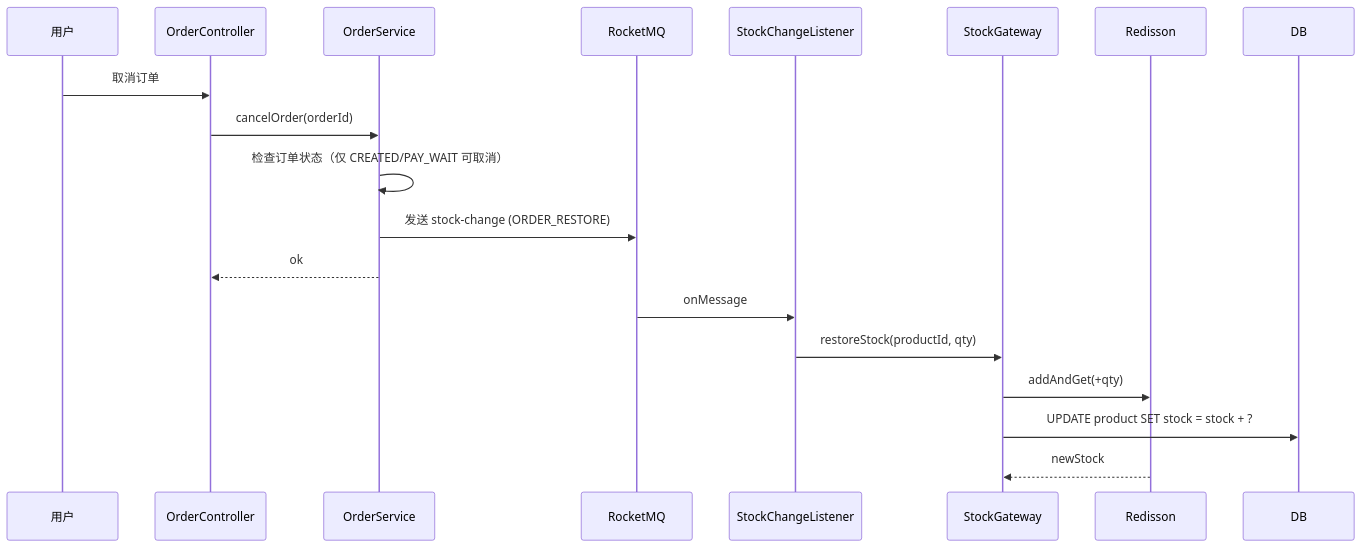
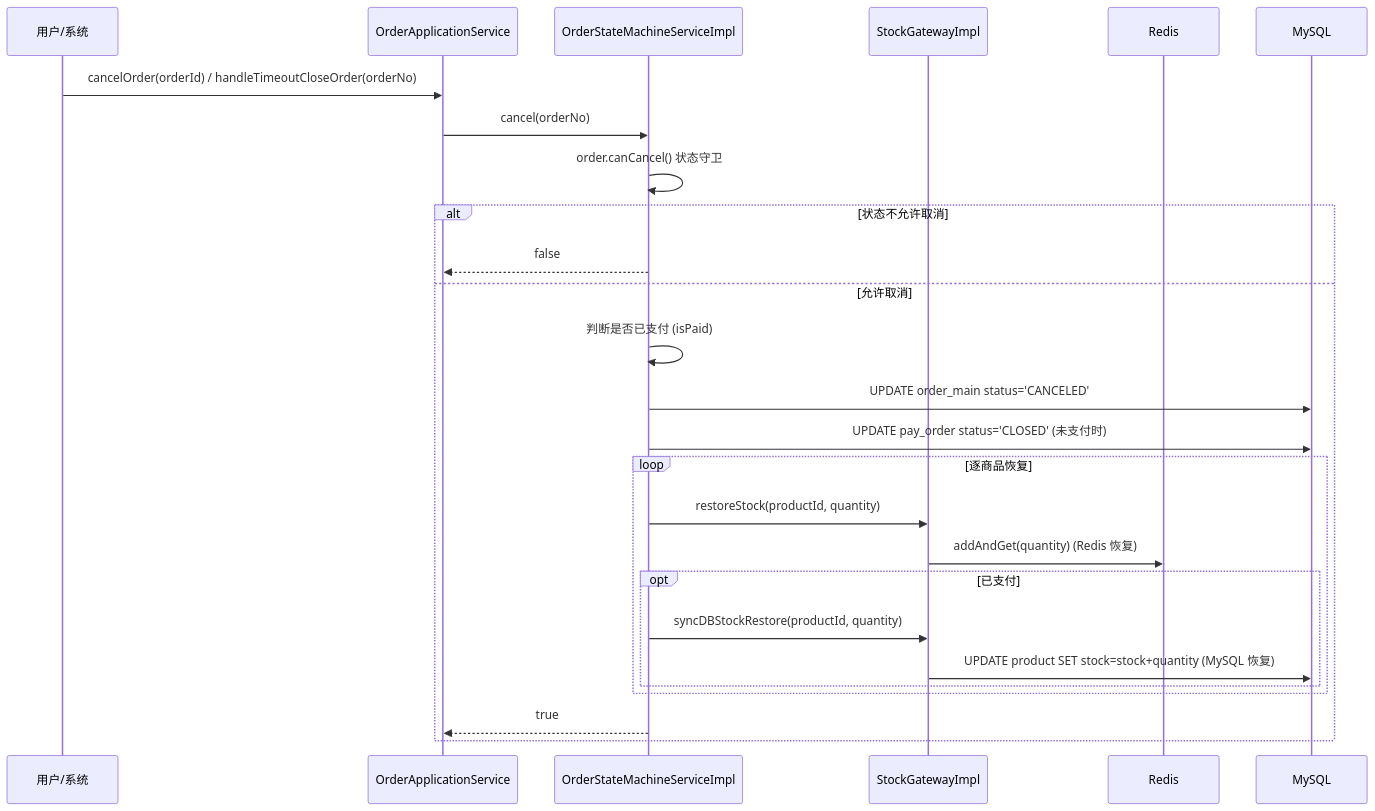
The third of 4 diagrams in docs/design/module-stock.md (sxlva/s-pay-mall), drawn with Mermaid before and after one commit. The commit also changed other lines of this file and 9 other files, not shown here.

````diff
--- a/docs/design/module-stock.md
+++ b/docs/design/module-stock.md
@@ -193,21 +208,30 @@
 ```mermaid
 sequenceDiagram
-    participant U as 用户
-    participant C as OrderController
-    participant S as OrderService
-    participant MQ as RocketMQ
-    participant L as StockChangeListener
-    participant StockGW as StockGateway
-    participant R as Redisson
+    participant U as 用户/系统
+    participant S as OrderApplicationService
+    participant SM as OrderStateMachineServiceImpl
+    participant Stock as StockGatewayImpl
+    participant R as Redis
+    participant DB as MySQL
 
-    U->>C: 取消订单
-    C->>S: cancelOrder(orderId)
-    S->>S: 检查订单状态（仅 CREATED/PAY_WAIT 可取消）
-    S->>MQ: 发送 stock-change (ORDER_RESTORE)
-    S-->>C: ok
-    MQ->>L: onMessage
-    L->>StockGW: restoreStock(productId, qty)
-    StockGW->>R: addAndGet(+qty)
-    StockGW->>DB: UPDATE product SET stock = stock + ?
-    R-->>StockGW: newStock
+    U->>S: cancelOrder(orderId) / handleTimeoutCloseOrder(orderNo)
+    S->>SM: cancel(orderNo)
+    SM->>SM: order.canCancel() 状态守卫
+    alt 状态不允许取消
+        SM-->>S: false
+    else 允许取消
+        SM->>SM: 判断是否已支付 (isPaid)
+        SM->>DB: UPDATE order_main status='CANCELED'
+        SM->>DB: UPDATE pay_order status='CLOSED' (未支付时)
+
+        loop 逐商品恢复
+            SM->>Stock: restoreStock(productId, quantity)
+            Stock->>R: addAndGet(quantity) (Redis 恢复)
+            opt 已支付
+                SM->>Stock: syncDBStockRestore(productId, quantity)
+                Stock->>DB: UPDATE product SET stock=stock+quantity (MySQL 恢复)
+            end
+        end
+        SM-->>S: true
+    end
 ```
````
